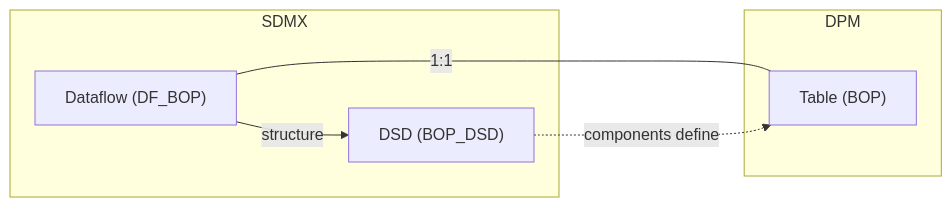
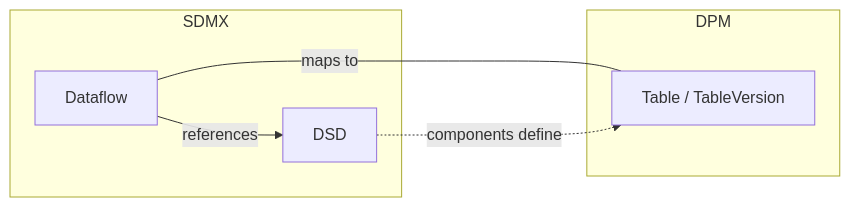
The first of 3 diagrams in docs/models-relationships/02_data_definition/03_detailed_mapping_rules.md (sdmx-twg/wp-sdmx-dpm), drawn with Mermaid before and after one commit. The commit also changed other lines of this file, not shown here.

````diff
--- a/docs/models-relationships/02_data_definition/03_detailed_mapping_rules.md
+++ b/docs/models-relationships/02_data_definition/03_detailed_mapping_rules.md
@@ -160,13 +23,13 @@
 ```mermaid
 flowchart LR
     subgraph SDMX
-        DSD["DSD (BOP_DSD)"]
-        DF["Dataflow (DF_BOP)"]
-        DF -->|structure| DSD
+        DF["Dataflow"]
+        DSD["DSD"]
+        DF -->|references| DSD
     end
     subgraph DPM
-        T["Table (BOP)"]
+        T["Table / TableVersion"]
     end
-    DF ---|"1:1"| T
+    DF ---|"maps to"| T
     DSD -.->|"components define"| T
 ```
````
